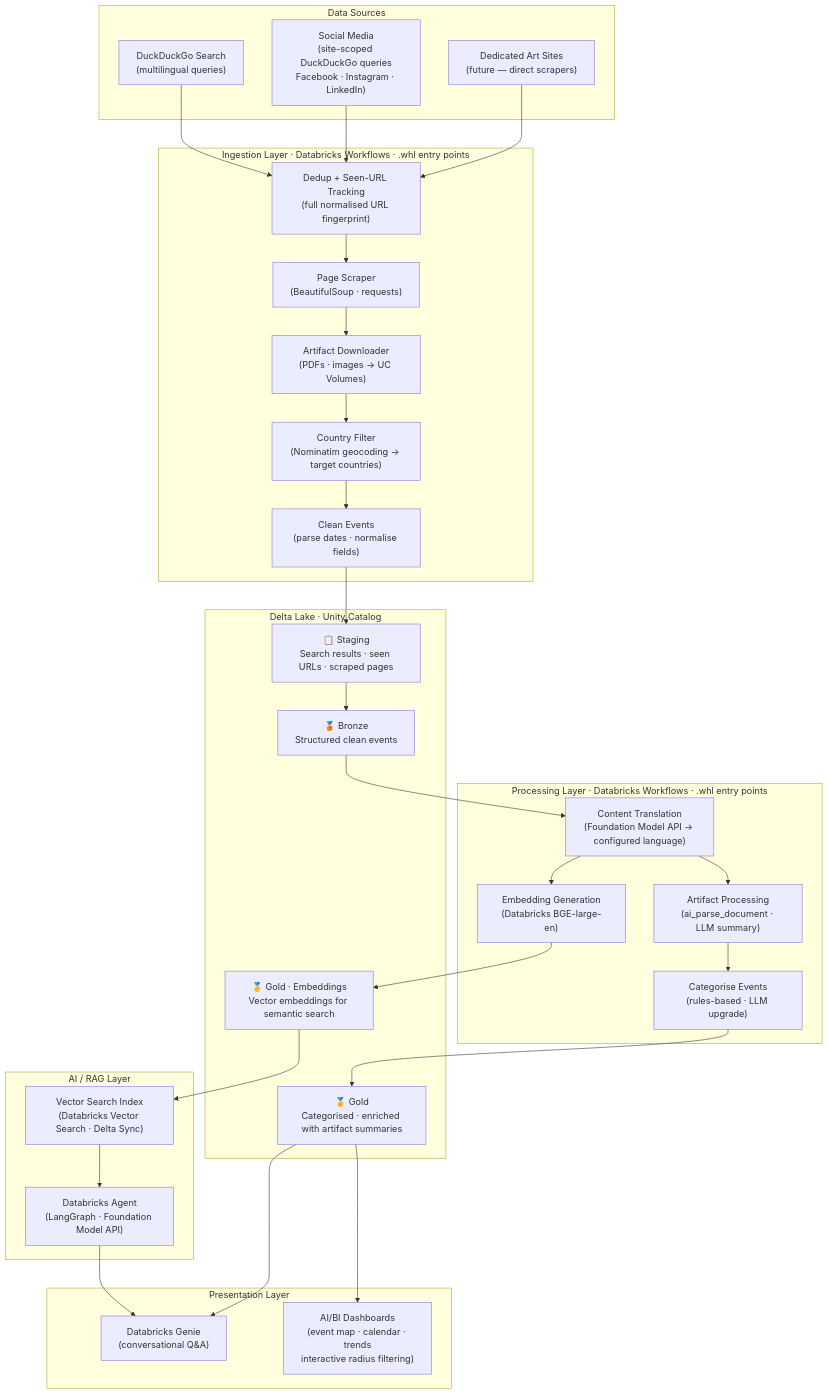
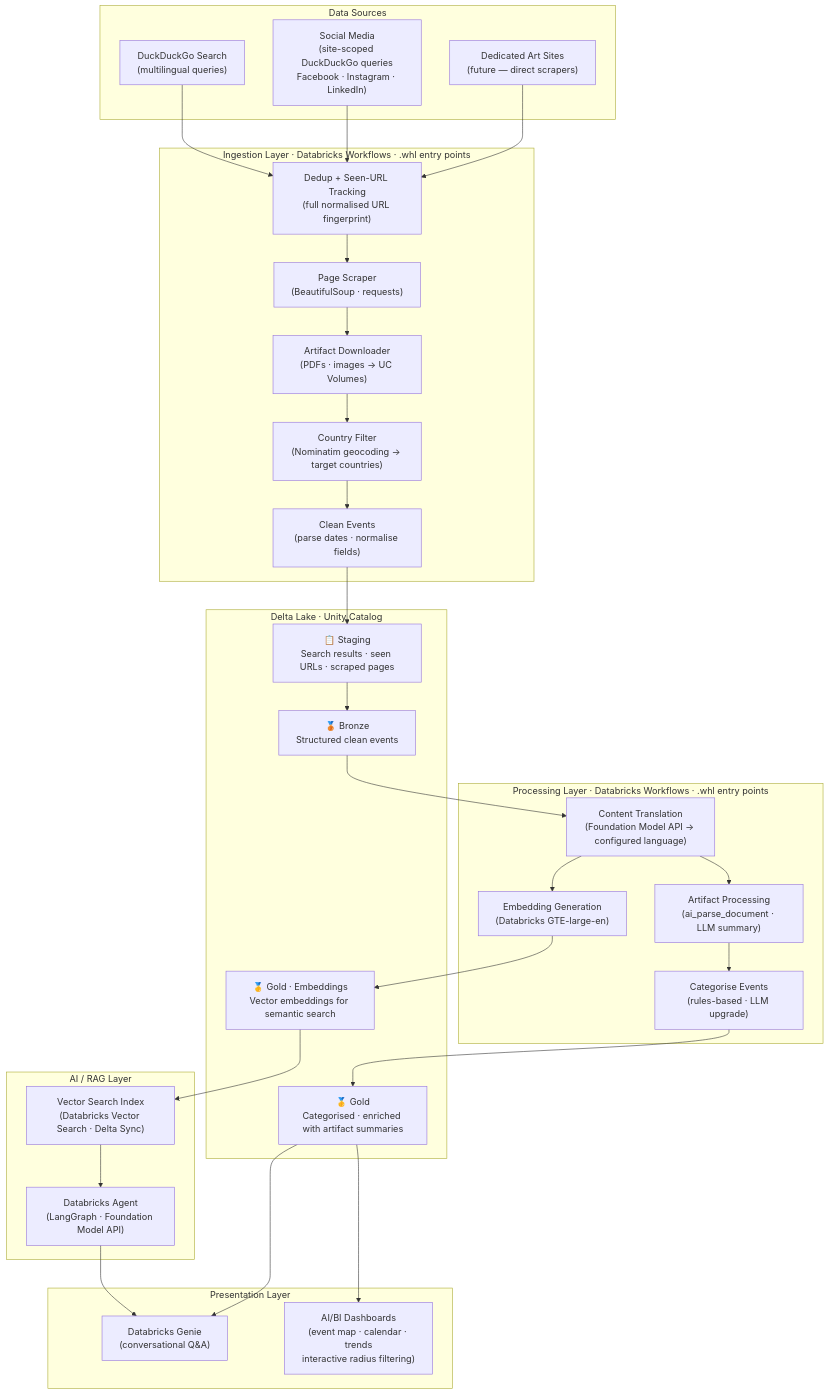
The diagram in docs/artlake/ARCHITECTURE.md (llmops-databricks-1/llmops-databricks-course-victor-kuznetsov), drawn with Mermaid before and after one commit. The commit also changed other lines of this file and 4 other files, not shown here.

First line of the commit message:
docs(artlake): switch embedding model to GTE-large-en, add openai + databricks-mcp deps

````diff
--- a/docs/artlake/ARCHITECTURE.md
+++ b/docs/artlake/ARCHITECTURE.md
@@ -11,48 +11,48 @@
 ```mermaid
 flowchart TD
     subgraph Sources["Data Sources"]
         DDG["DuckDuckGo Search\n(multilingual queries)"]
         SOC["Social Media\n(site-scoped DuckDuckGo queries\nFacebook · Instagram · LinkedIn)"]
         DS["Dedicated Art Sites\n(future — direct scrapers)"]
     end
 
     subgraph Ingestion["Ingestion Layer · Databricks Workflows · .whl entry points"]
         DEDUP["Dedup + Seen-URL Tracking\n(full normalised URL fingerprint)"]
         SC["Page Scraper\n(BeautifulSoup · requests)"]
         ART_DL["Artifact Downloader\n(PDFs · images → UC Volumes)"]
         GEO["Country Filter\n(Nominatim geocoding → target countries)"]
         CLEAN["Clean Events\n(parse dates · normalise fields)"]
     end
 
     subgraph Lake["Delta Lake · Unity Catalog"]
         STG["📋 Staging\nSearch results · seen URLs · scraped pages"]
         B["🥉 Bronze\nStructured clean events"]
         GO["🥇 Gold\nCategorised · enriched with artifact summaries"]
         EMB_T["🥇 Gold · Embeddings\nVector embeddings for semantic search"]
     end
 
     subgraph Processing["Processing Layer · Databricks Workflows · .whl entry points"]
         TRANS["Content Translation\n(Foundation Model API → configured language)"]
         ART_PROC["Artifact Processing\n(ai_parse_document · LLM summary)"]
         CAT["Categorise Events\n(rules-based · LLM upgrade)"]
-        EMB["Embedding Generation\n(Databricks BGE-large-en)"]
+        EMB["Embedding Generation\n(Databricks GTE-large-en)"]
     end
 
     subgraph AI["AI / RAG Layer"]
         VS["Vector Search Index\n(Databricks Vector Search · Delta Sync)"]
         AGENT["Databricks Agent\n(LangGraph · Foundation Model API)"]
     end
 
     subgraph Presentation["Presentation Layer"]
         GENIE["Databricks Genie\n(conversational Q&A)"]
         DASH["AI/BI Dashboards\n(event map · calendar · trends\ninteractive radius filtering)"]
     end
 
     DDG & SOC & DS --> DEDUP --> SC --> ART_DL --> GEO --> CLEAN
     CLEAN --> STG
     STG --> B
     B --> TRANS --> ART_PROC --> CAT --> GO
     TRANS --> EMB --> EMB_T --> VS --> AGENT --> GENIE
     GO --> DASH
     GO --> GENIE
 ```
````
